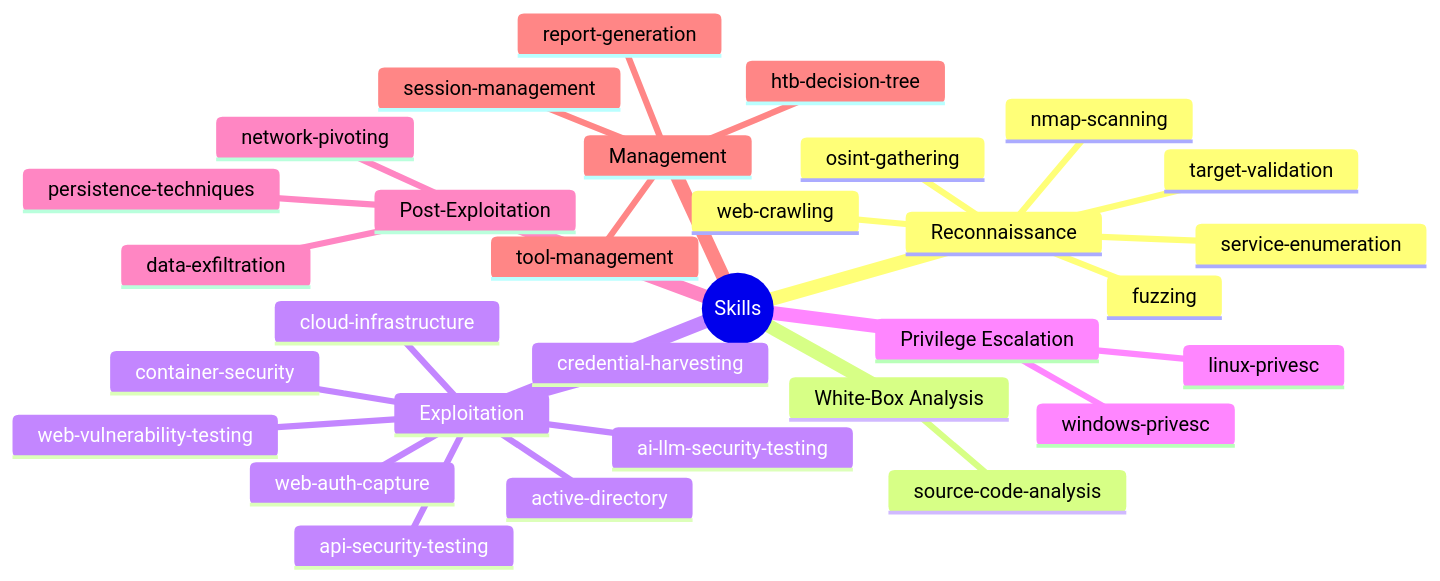
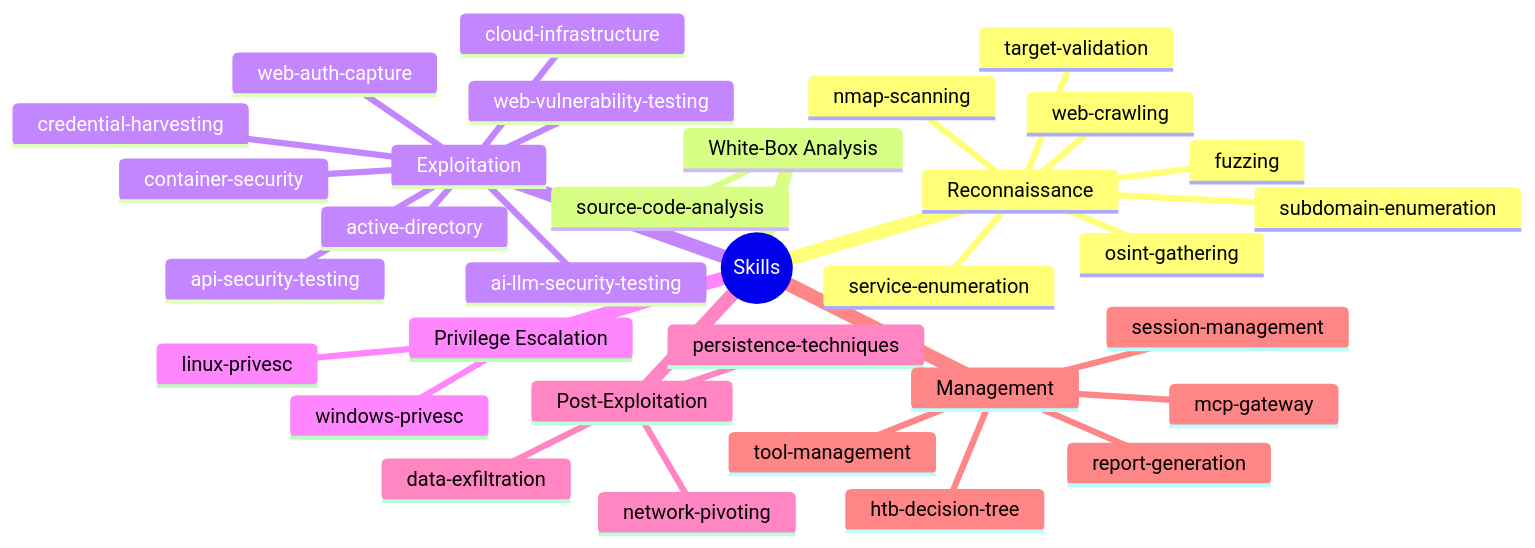
One commit to goldenapplestudios/Clicky changed the first of 7 diagrams in docs/skills.md. Above: the diagram before and after it, drawn with Mermaid. The commit also changed other lines of this file and 9 other files, not shown here.

First line of the commit message:
Bring documentation up to date with the MCP gateway migration and latest capabilities

````diff
--- a/docs/skills.md
+++ b/docs/skills.md
@@ -11,34 +11,36 @@
 ```mermaid
 mindmap
   root((Skills))
     Reconnaissance
       nmap-scanning
       service-enumeration
       osint-gathering
       target-validation
       fuzzing
       web-crawling
+      subdomain-enumeration
     White-Box Analysis
       source-code-analysis
     Exploitation
       web-vulnerability-testing
       api-security-testing
       ai-llm-security-testing
       credential-harvesting
       web-auth-capture
       active-directory
       container-security
       cloud-infrastructure
     Privilege Escalation
       linux-privesc
       windows-privesc
     Post-Exploitation
       persistence-techniques
       data-exfiltration
       network-pivoting
     Management
+      mcp-gateway
       session-management
       htb-decision-tree
       tool-management
       report-generation
 ```
````
